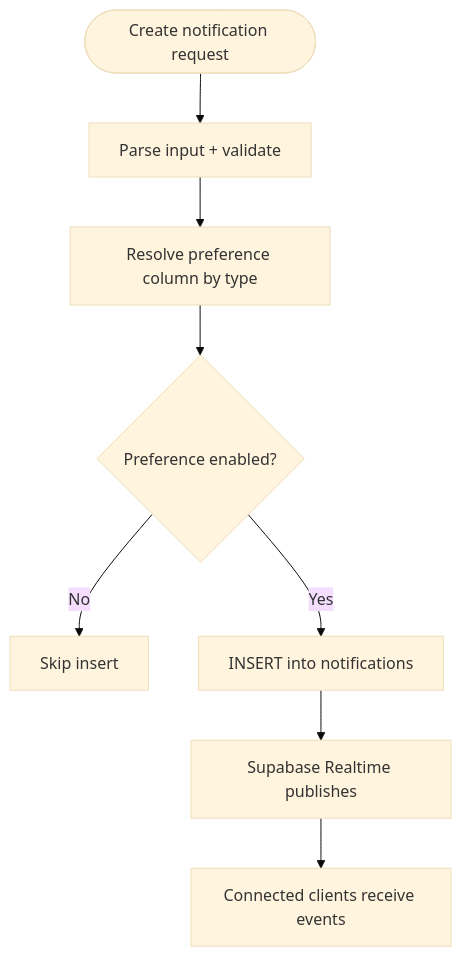
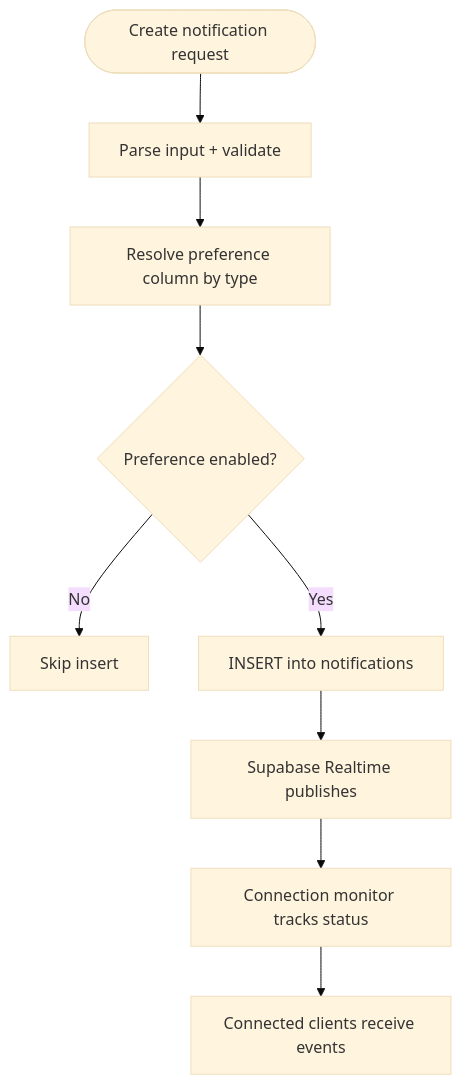
Before and after one commit to gastaldellomarco/pcReady: the ninth of 11 diagrams in .qoder/repowiki/en/content/Real-time Features/Real-time Features.md, drawn with Mermaid (base theme). The commit also changed other lines of this file and 15 other files, not shown here.

````diff
--- a/.qoder/repowiki/en/content/Real-time Features/Real-time Features.md
+++ b/.qoder/repowiki/en/content/Real-time Features/Real-time Features.md
@@ -279,10 +374,11 @@
 ```mermaid
 flowchart TD
 Start(["Create notification request"]) --> Parse["Parse input + validate"]
 Parse --> Type["Resolve preference column by type"]
 Type --> PrefCheck{"Preference enabled?"}
 PrefCheck --> |No| Skip["Skip insert"]
 PrefCheck --> |Yes| Insert["INSERT into notifications"]
 Insert --> Publish["Supabase Realtime publishes"]
-Publish --> Clients["Connected clients receive events"]
+Publish --> Monitor["Connection monitor tracks status"]
+Monitor --> Clients["Connected clients receive events"]
 ```
````
